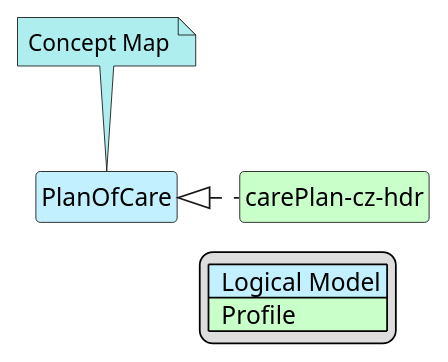
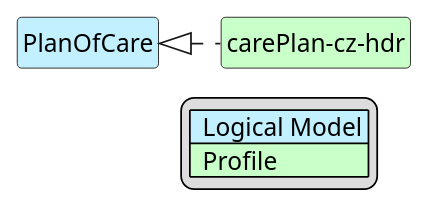
One commit to HL7-cz/hdr changed the diagram in input/images-source/PlanOfCare-map.plantuml. Above: the diagram before and after it, drawn with PlantUML. The commit also changed 29 other files, not shown here.

```diff
--- a/input/images-source/PlanOfCare-map.plantuml
+++ b/input/images-source/PlanOfCare-map.plantuml
@@ -1,21 +1,19 @@
 @startuml
 hide circle
 hide stereotype
 hide members
 hide methods
 skinparam linetype ortho
 skinparam class {
 BackgroundColor<<LogicalModel>> #APPLICATION
 BackgroundColor<<Profile>> #TECHNOLOGY
 }
 legend right
 | <#APPLICATION>  Logical Model |
 | <#TECHNOLOGY>  Profile |
 endlegend
 class "PlanOfCare" <<LogicalModel>> [[StructureDefinition-PlanOfCareCz.html]]
-note top #PaleTurquoise [[ConceptMap-planOfCare2FHIR-cz-hdr.html]]
-Concept Map
-endnote
+
 class "carePlan-cz-hdr" <<Profile>> [[StructureDefinition-cz-carePlan-hdr.html]]
 "PlanOfCare" <|. "carePlan-cz-hdr"
 @enduml
```
